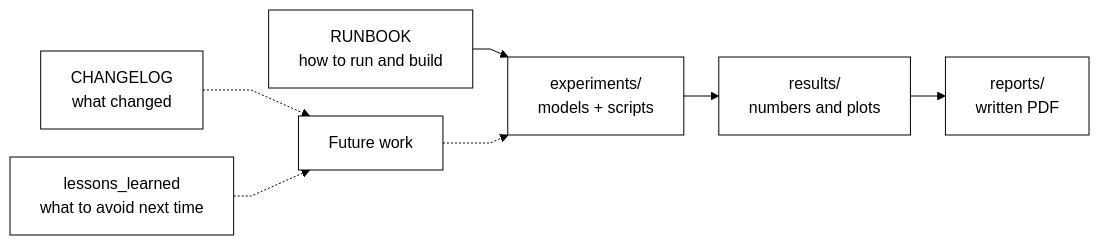
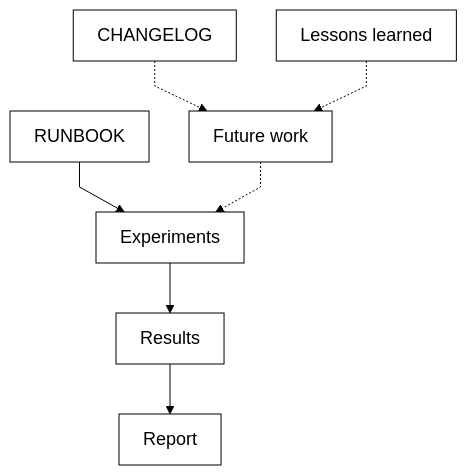
Before and after one commit to kunalkushwahatg/Direct-torque-control-of-PMSM-motor: the diagram in docs/README.md, drawn with Mermaid. The commit also changed 5 other files, not shown here.

Commit message:
Simplify and enlarge all remaining block diagrams

````diff
--- a/docs/README.md
+++ b/docs/README.md
@@ -9,11 +9,10 @@
 ```mermaid
-%%{init: {'theme': 'base', 'themeVariables': {'primaryColor': '#ffffff', 'primaryTextColor': '#000000', 'primaryBorderColor': '#000000', 'lineColor': '#000000', 'secondaryColor': '#ffffff', 'tertiaryColor': '#ffffff', 'fontFamily': 'Helvetica, Arial, sans-serif'}, 'flowchart': {'curve': 'linear', 'nodeSpacing': 28, 'rankSpacing': 35}, 'themeCSS': '.node rect, .node circle, .node ellipse, .node polygon, .node path { filter: none !important; stroke-width: 1px !important; } .cluster rect { filter: none !important; } .edgePath path { filter: none !important; stroke-width: 1px !important; }'}}%%
-flowchart LR
-    RB["RUNBOOK<br/>how to run and build"] --> EX["experiments/<br/>models + scripts"]
-    EX --> RES["results/<br/>numbers and plots"]
-    RES --> REP["reports/<br/>written PDF"]
-
-    CL["CHANGELOG<br/>what changed"] -.-> FW["Future work"]
-    LL["lessons_learned<br/>what to avoid next time"] -.-> FW
+%%{init: {'theme': 'base', 'themeVariables': {'primaryColor': '#ffffff', 'primaryTextColor': '#000000', 'primaryBorderColor': '#000000', 'lineColor': '#000000', 'secondaryColor': '#ffffff', 'tertiaryColor': '#ffffff', 'fontFamily': 'Arial, Helvetica, sans-serif', 'fontSize': '18px'}, 'flowchart': {'curve': 'linear', 'nodeSpacing': 40, 'rankSpacing': 50, 'padding': 12}, 'themeCSS': '.node rect, .node circle, .node ellipse, .node polygon, .node path { filter: none !important; stroke-width: 1.5px !important; } .cluster rect { filter: none !important; } .edgePath path { filter: none !important; stroke-width: 1.5px !important; } .nodeLabel { font-size: 18px !important; } .edgeLabel { font-size: 16px !important; }'}}%%
+flowchart TB
+    RB["RUNBOOK"] --> EX["Experiments"]
+    EX --> RES["Results"]
+    RES --> REP["Report"]
+    CL["CHANGELOG"] -.-> FW["Future work"]
+    LL["Lessons learned"] -.-> FW
     FW -.-> EX
 ```
````
